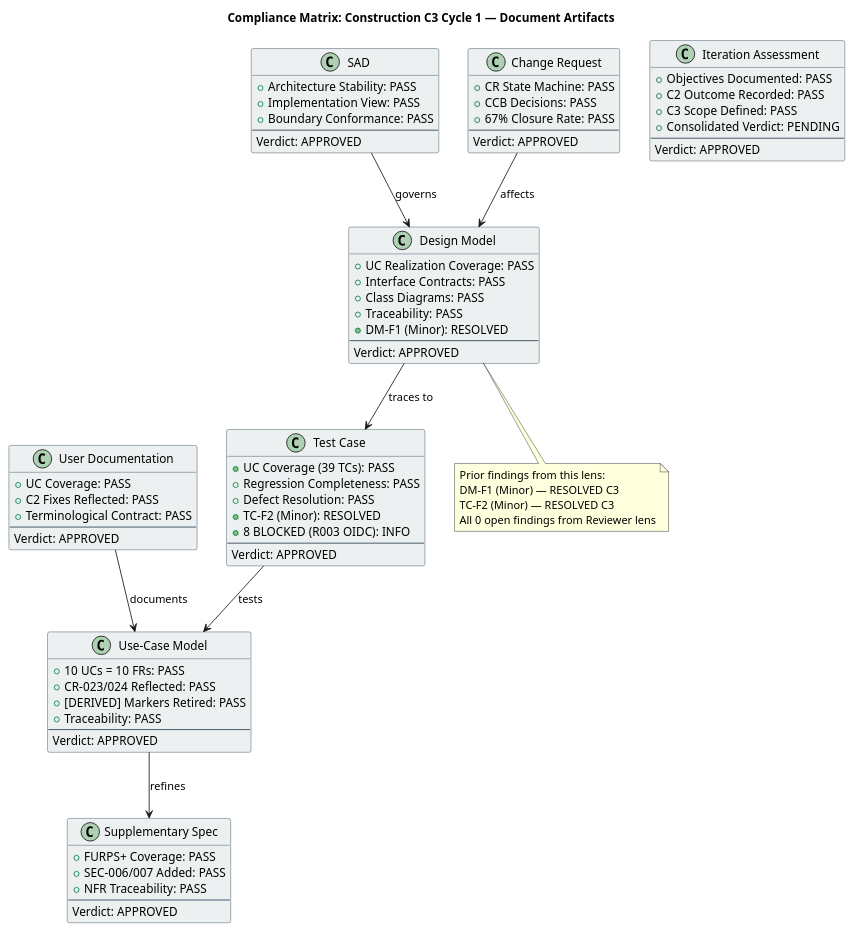
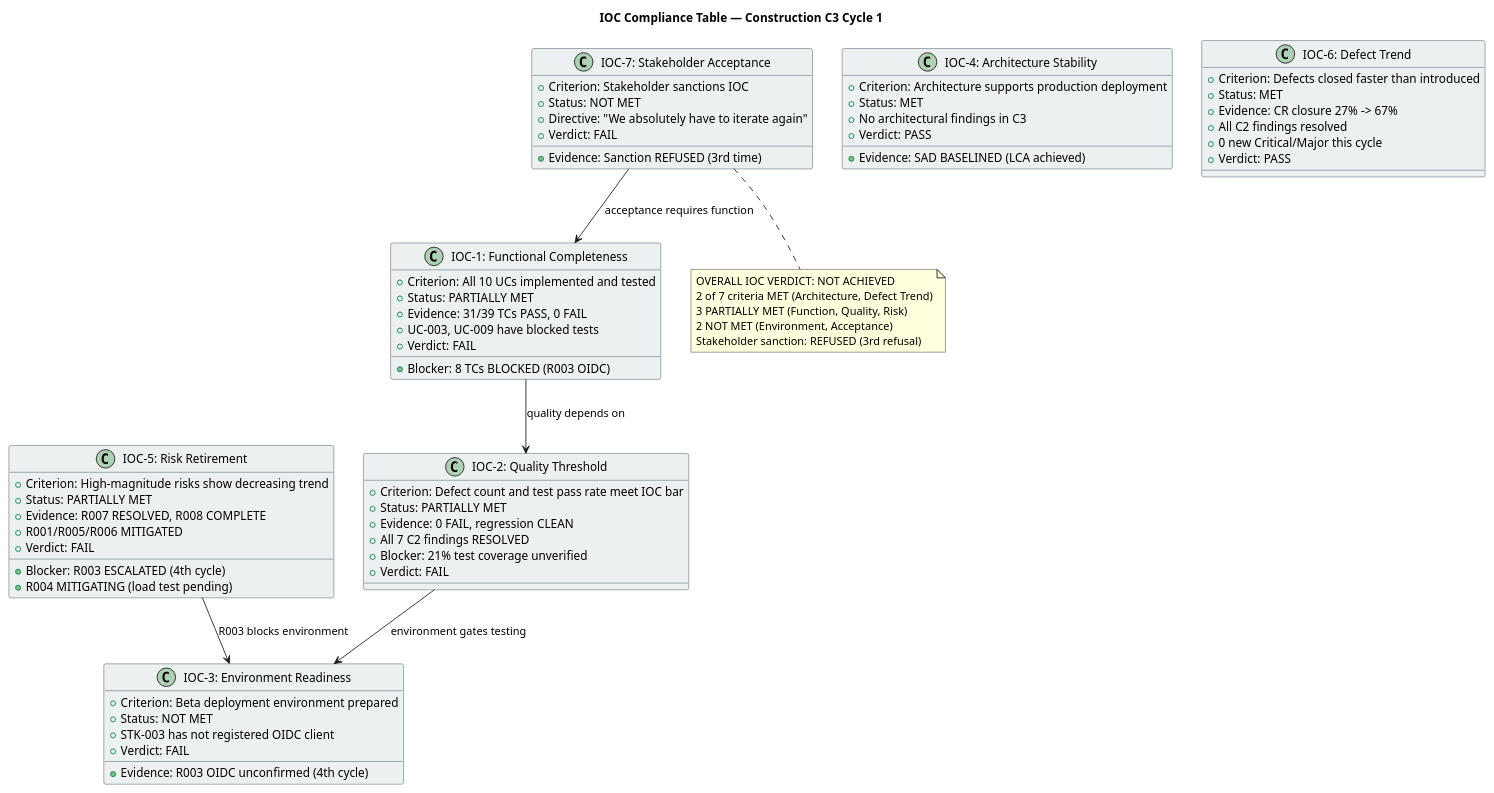
One commit to banense-test/portal-cuba-corp changed the first of 5 diagrams in docs/artifacts/project-management/review-record.md. Above: the diagram before and after it, drawn with PlantUML. The commit also changed other lines of this file, not shown here.

First line of the commit message:
Management Reviewer [C3]: upsert Review Record

````diff
--- a/docs/artifacts/project-management/review-record.md
+++ b/docs/artifacts/project-management/review-record.md
@@ -132,93 +149,83 @@
 ```plantuml
 @startuml
-title Compliance Matrix: Construction C3 Cycle 1 — Document Artifacts
+title IOC Compliance Table — Construction C3 Cycle 1
 
 skinparam classBorderColor #2C3E50
 skinparam classBackgroundColor #ECF0F1
 skinparam shadowing false
 
-class "Design Model" as DM {
-  + UC Realization Coverage: PASS
-  + Interface Contracts: PASS
-  + Class Diagrams: PASS
-  + Traceability: PASS
-  + DM-F1 (Minor): RESOLVED
-  --
-  Verdict: APPROVED
+class "IOC-1: Functional Completeness" as IOC1 {
+  + Criterion: All 10 UCs implemented and tested
+  + Status: PARTIALLY MET
+  + Evidence: 31/39 TCs PASS, 0 FAIL
+  + Blocker: 8 TCs BLOCKED (R003 OIDC)
+  + UC-003, UC-009 have blocked tests
+  + Verdict: FAIL
 }
 
-class "Test Case" as TC {
-  + UC Coverage (39 TCs): PASS
-  + Regression Completeness: PASS
-  + Defect Resolution: PASS
-  + TC-F2 (Minor): RESOLVED
-  + 8 BLOCKED (R003 OIDC): INFO
-  --
-  Verdict: APPROVED
+class "IOC-2: Quality Threshold" as IOC2 {
+  + Criterion: Defect count and test pass rate meet IOC bar
+  + Status: PARTIALLY MET
+  + Evidence: 0 FAIL, regression CLEAN
+  + All 7 C2 findings RESOLVED
+  + Blocker: 21% test coverage unverified
+  + Verdict: FAIL
 }
 
-class "Iteration Assessment" as IA {
-  + Objectives Documented: PASS
-  + C2 Outcome Recorded: PASS
-  + C3 Scope Defined: PASS
-  + Consolidated Verdict: PENDING
-  --
-  Verdict: APPROVED
+class "IOC-3: Environment Readiness" as IOC3 {
+  + Criterion: Beta deployment environment prepared
+  + Status: NOT MET
+  + Evidence: R003 OIDC unconfirmed (4th cycle)
+  + STK-003 has not registered OIDC client
+  + Verdict: FAIL
 }
 
-class "Use-Case Model" as UCM {
-  + 10 UCs = 10 FRs: PASS
-  + CR-023/024 Reflected: PASS
-  + [DERIVED] Markers Retired: PASS
-  + Traceability: PASS
-  --
-  Verdict: APPROVED
+class "IOC-4: Architecture Stability" as IOC4 {
+  + Criterion: Architecture supports production deployment
+  + Status: MET
+  + Evidence: SAD BASELINED (LCA achieved)
+  + No architectural findings in C3
+  + Verdict: PASS
 }
 
-class "Supplementary Spec" as SS {
-  + FURPS+ Coverage: PASS
-  + SEC-006/007 Added: PASS
-  + NFR Traceability: PASS
-  --
-  Verdict: APPROVED
+class "IOC-5: Risk Retirement" as IOC5 {
+  + Criterion: High-magnitude risks show decreasing trend
+  + Status: PARTIALLY MET
+  + Evidence: R007 RESOLVED, R008 COMPLETE
+  + R001/R005/R006 MITIGATED
+  + Blocker: R003 ESCALATED (4th cycle)
+  + R004 MITIGATING (load test pending)
+  + Verdict: FAIL
 }
 
-class "SAD" as SAD {
-  + Architecture Stability: PASS
-  + Implementation View: PASS
-  + Boundary Conformance: PASS
-  --
-  Verdict: APPROVED
+class "IOC-6: Defect Trend" as IOC6 {
+  + Criterion: Defects closed faster than introduced
+  + Status: MET
+  + Evidence: CR closure 27% -> 67%
+  + All C2 findings resolved
+  + 0 new Critical/Major this cycle
+  + Verdict: PASS
 }
 
-class "Change Request" as CR {
-  + CR State Machine: PASS
-  + CCB Decisions: PASS
-  + 67% Closure Rate: PASS
-  --
-  Verdict: APPROVED
+class "IOC-7: Stakeholder Acceptance" as IOC7 {
+  + Criterion: Stakeholder sanctions IOC
+  + Status: NOT MET
+  + Evidence: Sanction REFUSED (3rd time)
+  + Directive: "We absolutely have to iterate again"
+  + Verdict: FAIL
 }
 
-class "User Documentation" as UD {
-  + UC Coverage: PASS
-  + C2 Fixes Reflected: PASS
-  + Terminological Contract: PASS
-  --
-  Verdict: APPROVED
-}
+IOC1 --> IOC2 : quality depends on
+IOC2 --> IOC3 : environment gates testing
+IOC5 --> IOC3 : R003 blocks environment
+IOC7 --> IOC1 : acceptance requires function
 
-DM --> TC : traces to
-TC --> UCM : tests
-UCM --> SS : refines
-SAD --> DM : governs
-CR --> DM : affects
-UD --> UCM : documents
-
-note bottom of DM
-  Prior findings from this lens:
-  DM-F1 (Minor) — RESOLVED C3
-  TC-F2 (Minor) — RESOLVED C3
-  All 0 open findings from Reviewer lens
+note bottom of IOC7
+  OVERALL IOC VERDICT: NOT ACHIEVED
+  2 of 7 criteria MET (Architecture, Defect Trend)
+  3 PARTIALLY MET (Function, Quality, Risk)
+  2 NOT MET (Environment, Acceptance)
+  Stakeholder sanction: REFUSED (3rd refusal)
 end note
 
 @enduml
````
